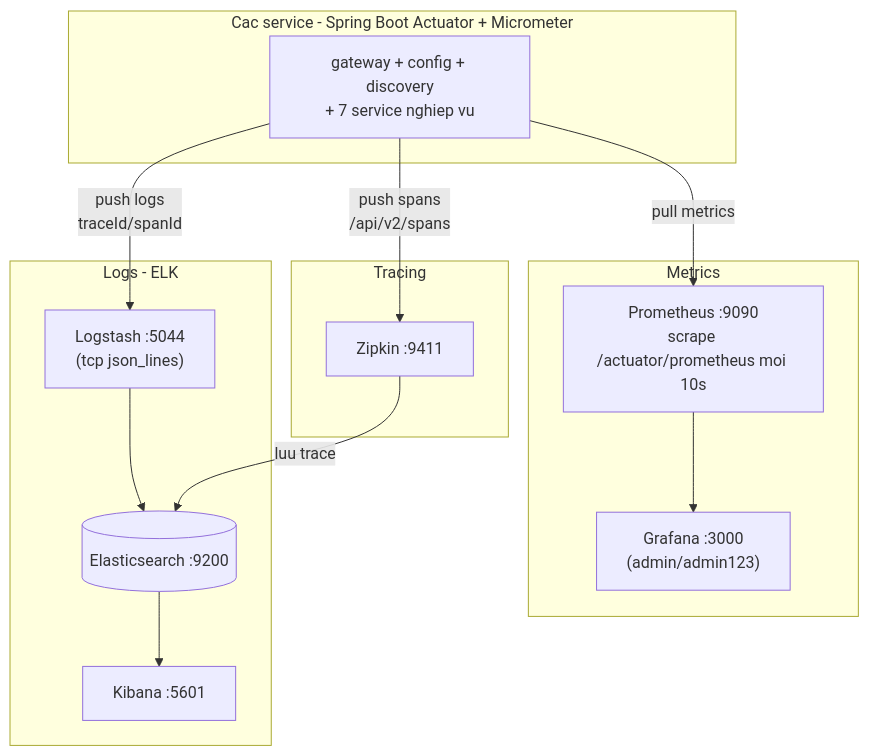
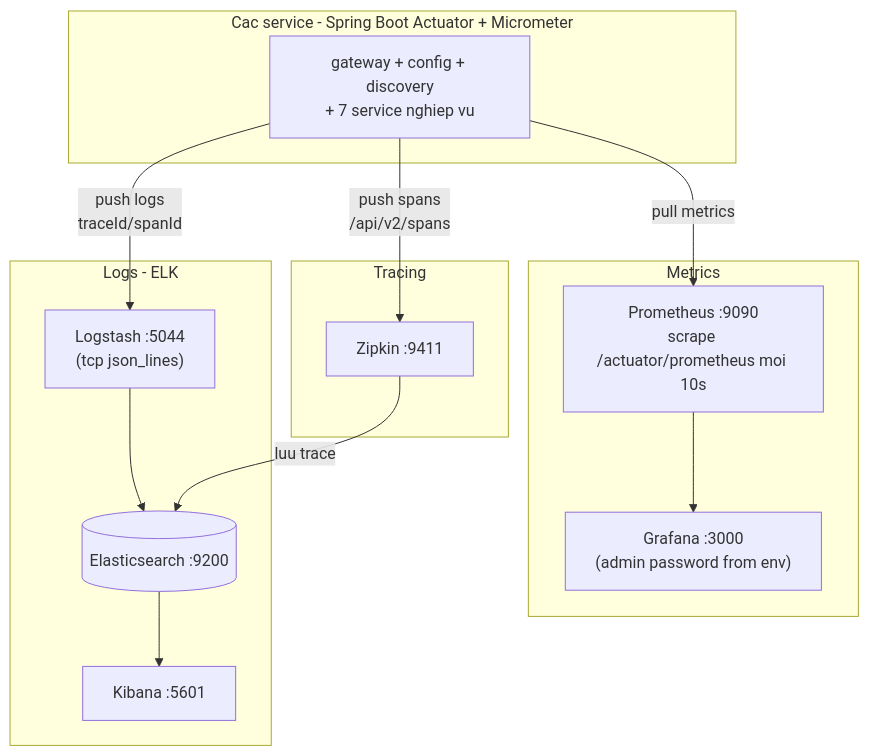
The sixth of 7 diagrams in docs/architecture.md (themanhnd/microservice-ban-ve-tau), drawn with Mermaid before and after one commit. The commit also changed other lines of this file and 24 other files, not shown here.

Commit message:
fix: secure deployment config and vnpay flow

````diff
--- a/docs/architecture.md
+++ b/docs/architecture.md
@@ -307,31 +307,31 @@
 ```mermaid
 flowchart TB
     subgraph SERVICES[Cac service - Spring Boot Actuator + Micrometer]
         SVC["gateway + config + discovery<br/>+ 7 service nghiep vu"]
     end
 
     subgraph METRICS[Metrics]
         PROM["Prometheus :9090<br/>scrape /actuator/prometheus moi 10s"]
-        GRAF["Grafana :3000<br/>(admin/admin123)"]
+        GRAF["Grafana :3000<br/>(admin password from env)"]
     end
 
     subgraph LOGS[Logs - ELK]
         LS["Logstash :5044<br/>(tcp json_lines)"]
         ES[("Elasticsearch :9200")]
         KB["Kibana :5601"]
     end
 
     subgraph TRACING[Tracing]
         ZIP["Zipkin :9411"]
     end
 
     SVC -->|pull metrics| PROM
     PROM --> GRAF
 
     SVC -->|push logs<br/>traceId/spanId| LS
     LS --> ES
     ES --> KB
     ZIP -->|luu trace| ES
 
     SVC -->|push spans<br/>/api/v2/spans| ZIP
 ```
````
